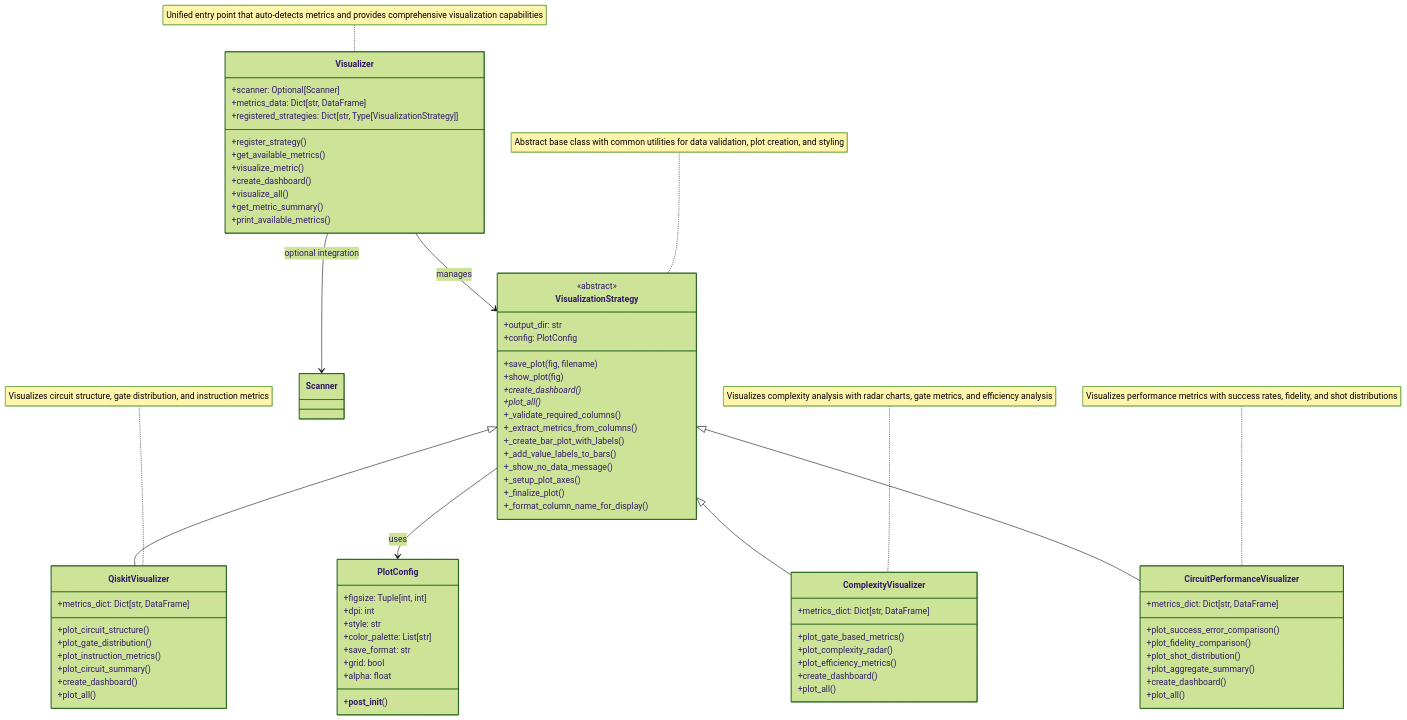
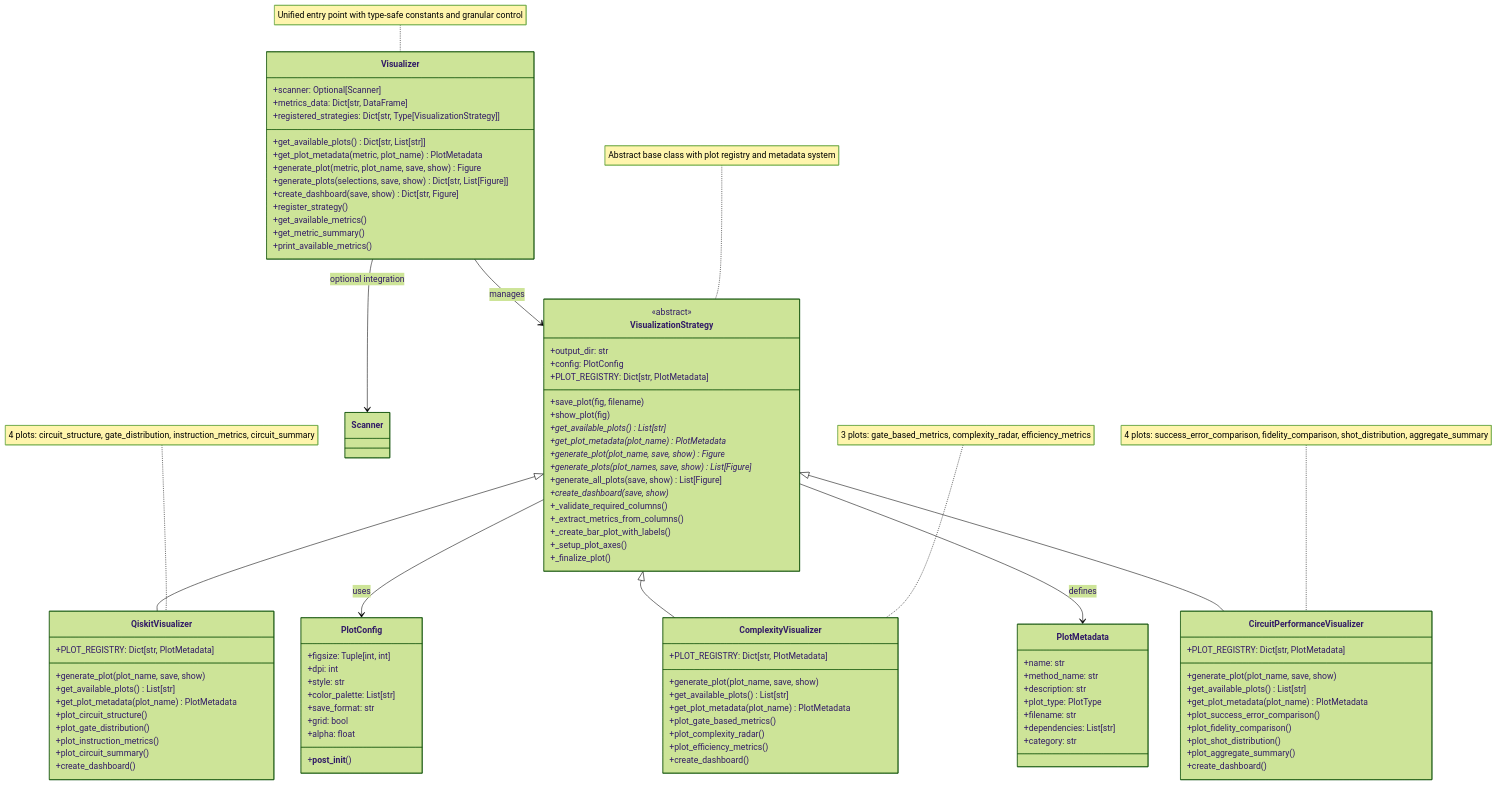
Before and after one commit to xthecapx/qiskit-qward: the fourth of 4 diagrams in docs/architecture.md, drawn with Mermaid (forest theme). The commit also changed other lines of this file and 26 other files, not shown here.

First line of the commit message:
Enhance visualization API and update documentation for type-safe constants

````diff
--- a/docs/architecture.md
+++ b/docs/architecture.md
@@ -545,18 +565,20 @@
         <<abstract>>
         +output_dir: str
         +config: PlotConfig
+        +PLOT_REGISTRY: Dict[str, PlotMetadata]
         +save_plot(fig, filename)
         +show_plot(fig)
-        +create_dashboard()*
-        +plot_all()*
+        +get_available_plots()* List[str]
+        +get_plot_metadata(plot_name)* PlotMetadata
+        +generate_plot(plot_name, save, show)* Figure
+        +generate_plots(plot_names, save, show)* List[Figure]
+        +generate_all_plots(save, show) List[Figure]
+        +create_dashboard(save, show)*
         +_validate_required_columns()
         +_extract_metrics_from_columns()
         +_create_bar_plot_with_labels()
-        +_add_value_labels_to_bars()
-        +_show_no_data_message()
         +_setup_plot_axes()
         +_finalize_plot()
-        +_format_column_name_for_display()
     }
     
     class PlotConfig {
@@ -570,44 +592,62 @@
         +__post_init__()
     }
     
+    class PlotMetadata {
+        +name: str
+        +method_name: str
+        +description: str
+        +plot_type: PlotType
+        +filename: str
+        +dependencies: List[str]
+        +category: str
+    }
+    
     class QiskitVisualizer {
-        +metrics_dict: Dict[str, DataFrame]
+        +PLOT_REGISTRY: Dict[str, PlotMetadata]
+        +generate_plot(plot_name, save, show)
+        +get_available_plots() List[str]
+        +get_plot_metadata(plot_name) PlotMetadata
         +plot_circuit_structure()
         +plot_gate_distribution()
         +plot_instruction_metrics()
         +plot_circuit_summary()
         +create_dashboard()
-        +plot_all()
     }
     
     class ComplexityVisualizer {
-        +metrics_dict: Dict[str, DataFrame]
+        +PLOT_REGISTRY: Dict[str, PlotMetadata]
+        +generate_plot(plot_name, save, show)
+        +get_available_plots() List[str]
+        +get_plot_metadata(plot_name) PlotMetadata
         +plot_gate_based_metrics()
         +plot_complexity_radar()
         +plot_efficiency_metrics()
         +create_dashboard()
-        +plot_all()
     }
     
     class CircuitPerformanceVisualizer {
-        +metrics_dict: Dict[str, DataFrame]
+        +PLOT_REGISTRY: Dict[str, PlotMetadata]
+        +generate_plot(plot_name, save, show)
+        +get_available_plots() List[str]
+        +get_plot_metadata(plot_name) PlotMetadata
         +plot_success_error_comparison()
         +plot_fidelity_comparison()
         +plot_shot_distribution()
         +plot_aggregate_summary()
         +create_dashboard()
-        +plot_all()
     }
     
     class Visualizer {
         +scanner: Optional[Scanner]
         +metrics_data: Dict[str, DataFrame]
         +registered_strategies: Dict[str, Type[VisualizationStrategy]]
+        +get_available_plots() Dict[str, List[str]]
+        +get_plot_metadata(metric, plot_name) PlotMetadata
+        +generate_plot(metric, plot_name, save, show) Figure
+        +generate_plots(selections, save, show) Dict[str, List[Figure]]
+        +create_dashboard(save, show) Dict[str, Figure]
         +register_strategy()
         +get_available_metrics()
-        +visualize_metric()
-        +create_dashboard()
-        +visualize_all()
         +get_metric_summary()
         +print_available_metrics()
     }
@@ -616,12 +656,13 @@
     VisualizationStrategy <|-- ComplexityVisualizer
     VisualizationStrategy <|-- CircuitPerformanceVisualizer
     VisualizationStrategy --> PlotConfig : uses
+    VisualizationStrategy --> PlotMetadata : defines
     Visualizer --> VisualizationStrategy : manages
     Visualizer --> Scanner : optional integration
     
-    note for VisualizationStrategy "Abstract base class with common utilities for data validation, plot creation, and styling"
-    note for QiskitVisualizer "Visualizes circuit structure, gate distribution, and instruction metrics"
-    note for ComplexityVisualizer "Visualizes complexity analysis with radar charts, gate metrics, and efficiency analysis"
-    note for CircuitPerformanceVisualizer "Visualizes performance metrics with success rates, fidelity, and shot distributions"
-    note for Visualizer "Unified entry point that auto-detects metrics and provides comprehensive visualization capabilities"
+    note for VisualizationStrategy "Abstract base class with plot registry and metadata system"
+    note for QiskitVisualizer "4 plots: circuit_structure, gate_distribution, instruction_metrics, circuit_summary"
+    note for ComplexityVisualizer "3 plots: gate_based_metrics, complexity_radar, efficiency_metrics"
+    note for CircuitPerformanceVisualizer "4 plots: success_error_comparison, fidelity_comparison, shot_distribution, aggregate_summary"
+    note for Visualizer "Unified entry point with type-safe constants and granular control"
 ```
````
